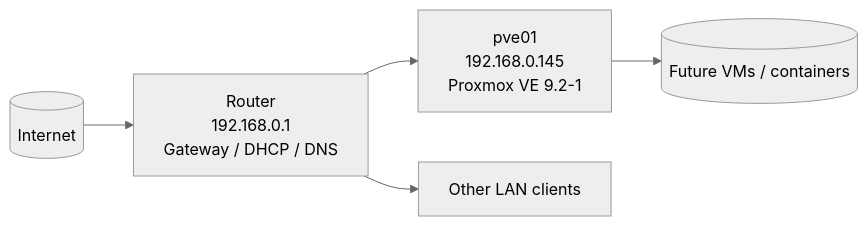
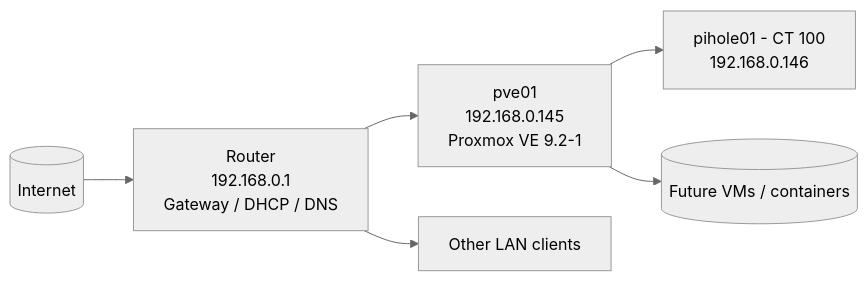
Before and after one commit to trevoraiagent/homelab: the diagram in README.md, drawn with Mermaid (neutral theme). The commit also changed other lines of this file and 2 other files, not shown here.

````diff
--- a/README.md
+++ b/README.md
@@ -21,7 +21,8 @@
 ```mermaid
 flowchart LR
     ISP[(Internet)] --> RTR[Router<br/>192.168.0.1<br/>Gateway / DHCP / DNS]
     RTR --> PVE[pve01<br/>192.168.0.145<br/>Proxmox VE 9.2-1]
     RTR --> LAN[Other LAN clients]
+    PVE --> CT[pihole01 - CT 100<br/>192.168.0.146]
     PVE --> VMS[(Future VMs / containers)]
 ```
````
